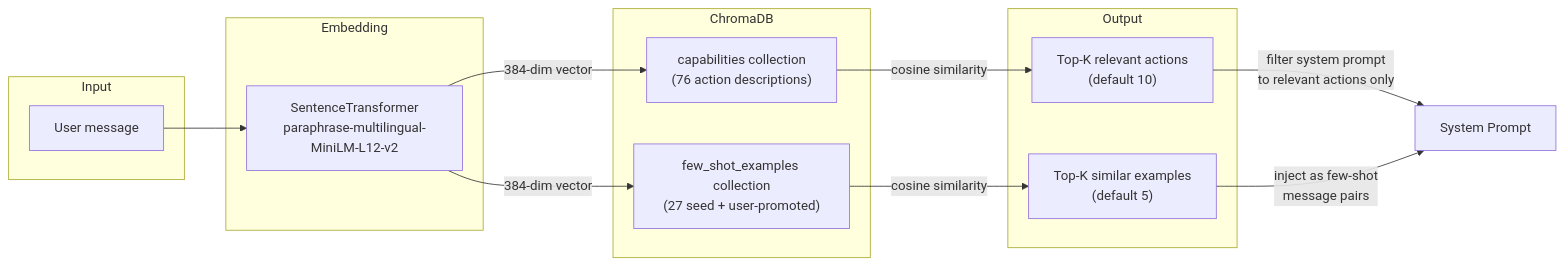
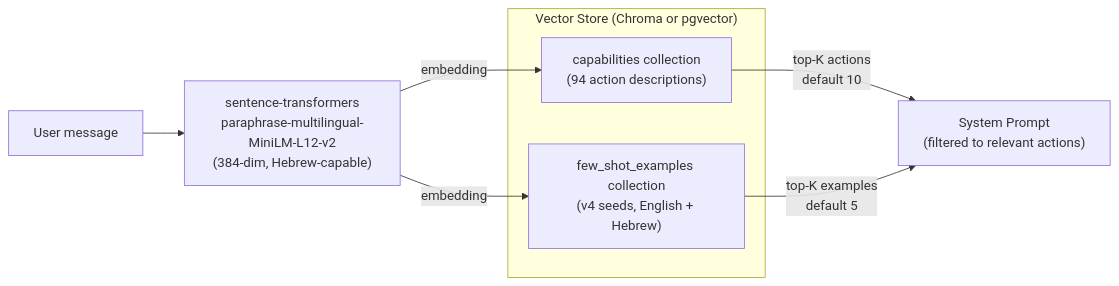
The seventh of 12 diagrams in docs/ARCHITECTURE.md (gal14g/AI-Assistant-for-Excel), drawn with Mermaid before and after one commit. The commit also changed other lines of this file and 1 other file, not shown here.

First line of the commit message:
Refresh ARCHITECTURE.md + AIRGAP.md for current state

````diff
--- a/docs/ARCHITECTURE.md
+++ b/docs/ARCHITECTURE.md
@@ -379,29 +580,16 @@
 ```mermaid
 flowchart LR
-    subgraph Input
-        MSG["User message"]
+    Input["User message"]
+    ST["sentence-transformers\nparaphrase-multilingual-MiniLM-L12-v2\n(384-dim, Hebrew-capable)"]
+
+    subgraph VectorStore["Vector Store (Chroma or pgvector)"]
+        CapColl["capabilities collection\n(94 action descriptions)"]
+        ExColl["few_shot_examples collection\n(v4 seeds, English + Hebrew)"]
     end
 
-    subgraph Embedding
-        ST["SentenceTransformer\nparaphrase-multilingual-MiniLM-L12-v2"]
-    end
-
-    subgraph ChromaDB
-        CapColl["capabilities collection\n(76 action descriptions)"]
-        ExColl["few_shot_examples collection\n(27 seed + user-promoted)"]
-    end
-
-    subgraph Output
-        Actions["Top-K relevant actions\n(default 10)"]
-        Examples["Top-K similar examples\n(default 5)"]
-    end
-
-    MSG --> ST
-    ST -->|"384-dim vector"| CapColl
-    ST -->|"384-dim vector"| ExColl
-    CapColl -->|"cosine similarity"| Actions
-    ExColl -->|"cosine similarity"| Examples
-
-    Actions -->|"filter system prompt\nto relevant actions only"| SysPrompt["System Prompt"]
-    Examples -->|"inject as few-shot\nmessage pairs"| SysPrompt
+    Input --> ST
+    ST -->|embedding| CapColl
+    ST -->|embedding| ExColl
+    CapColl -->|top-K actions<br/>default 10| Prompt["System Prompt\n(filtered to relevant actions)"]
+    ExColl -->|top-K examples<br/>default 5| Prompt
 ```
````
